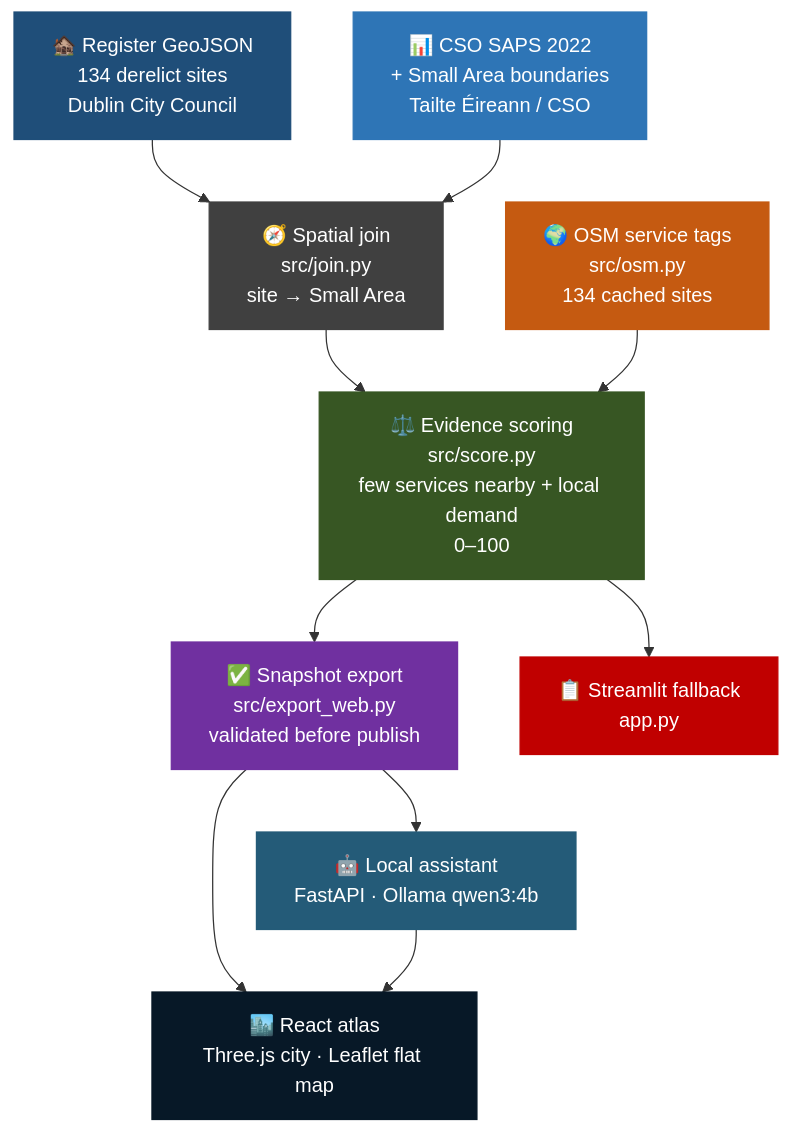
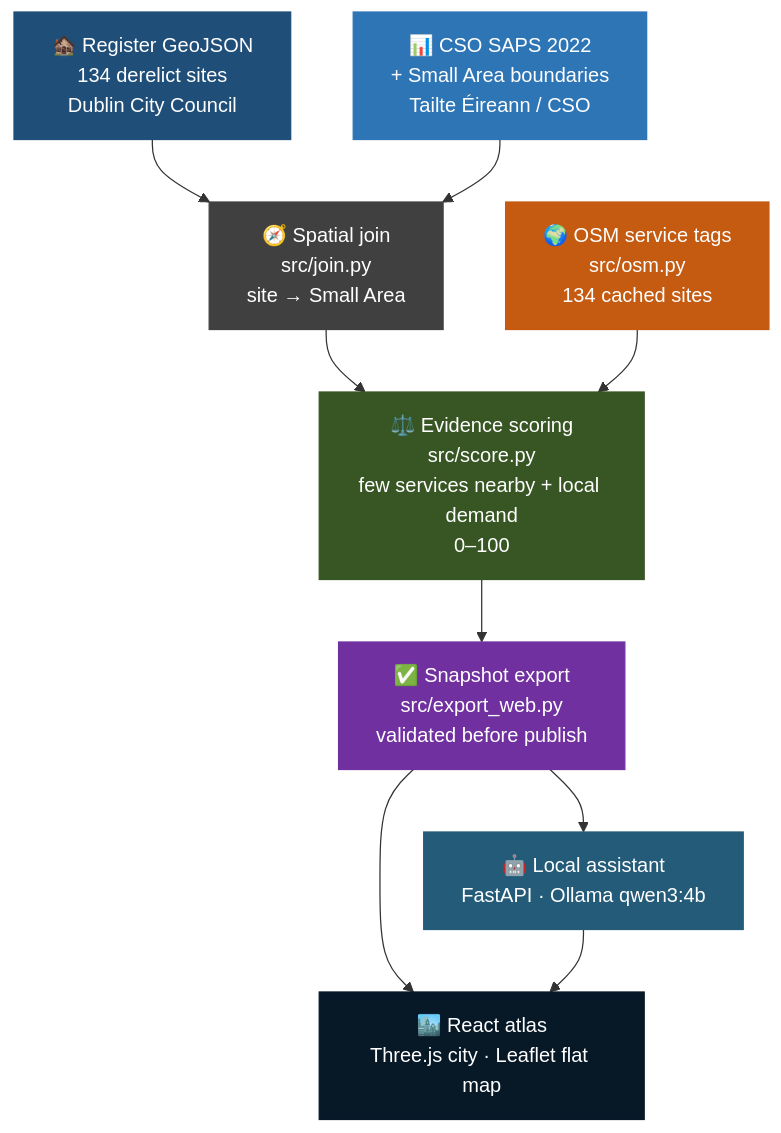
Before and after one commit to abinashprasana/second-life-dublin: the first of 2 diagrams in README.md, drawn with Mermaid. The commit also changed other lines of this file and 1 other file, not shown here.

Commit message:
docs: remove Streamlit fallback and update README documentation

````diff
--- a/README.md
+++ b/README.md
@@ -95,32 +93,29 @@
 ```mermaid
 flowchart TD
     A["🏚️ Register GeoJSON\n134 derelict sites\nDublin City Council"]
     B["📊 CSO SAPS 2022\n+ Small Area boundaries\nTailte Éireann / CSO"]
     C["🌍 OSM service tags\nsrc/osm.py\n134 cached sites"]
     D["🧭 Spatial join\nsrc/join.py\nsite → Small Area"]
     E["⚖️ Evidence scoring\nsrc/score.py\nfew services nearby + local demand\n0–100"]
     F["✅ Snapshot export\nsrc/export_web.py\nvalidated before publish"]
     G["🏙️ React atlas\nThree.js city · Leaflet flat map"]
     H["🤖 Local assistant\nFastAPI · Ollama qwen3:4b"]
-    I["📋 Streamlit fallback\napp.py"]
 
     A --> D
     B --> D
     D --> E
     C --> E
     E --> F
     F --> G
     F --> H
     H --> G
-    E --> I
 
     style A fill:#1f4e79,color:#ffffff,stroke:#1f4e79
     style B fill:#2e75b6,color:#ffffff,stroke:#2e75b6
     style C fill:#c55a11,color:#ffffff,stroke:#c55a11
     style D fill:#404040,color:#ffffff,stroke:#404040
     style E fill:#375623,color:#ffffff,stroke:#375623
     style F fill:#7030a0,color:#ffffff,stroke:#7030a0
     style G fill:#071827,color:#ffffff,stroke:#071827
     style H fill:#245b78,color:#ffffff,stroke:#245b78
-    style I fill:#c00000,color:#ffffff,stroke:#c00000
 ```
````
